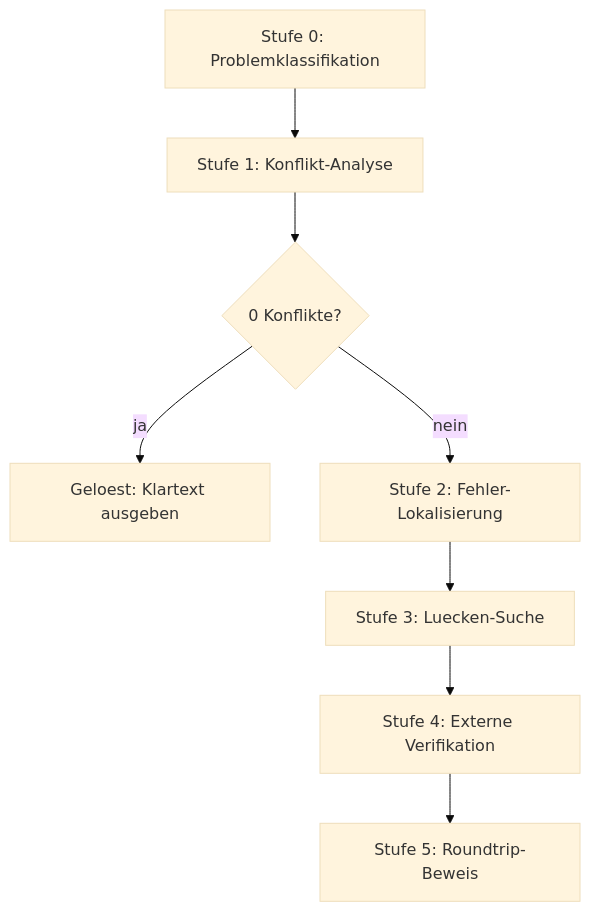
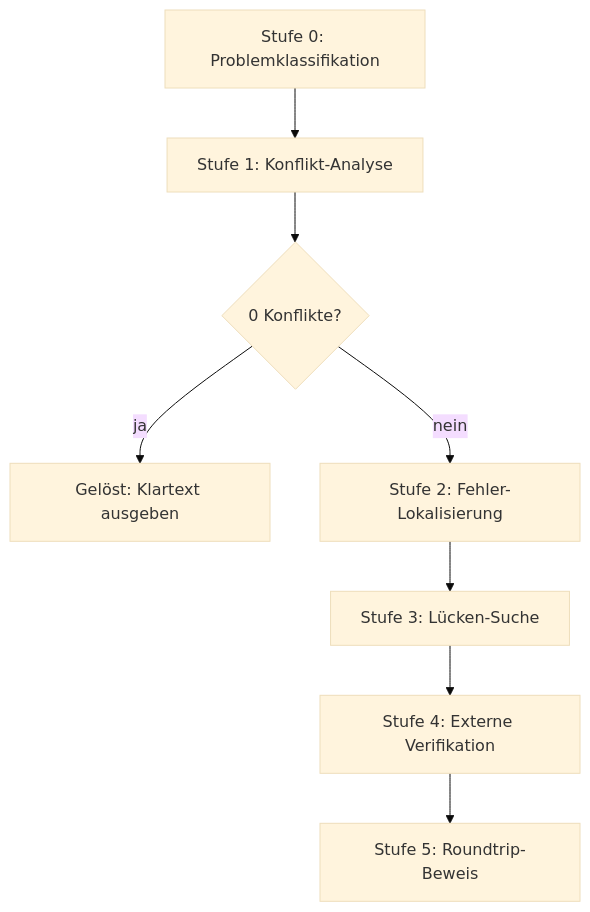
Before and after one commit to kajoty/adfgvx-reconstruction: the diagram in README.md, drawn with Mermaid (base theme). The commit also changed other lines of this file, not shown here.

````diff
--- a/README.md
+++ b/README.md
@@ -447,10 +502,10 @@
 ```mermaid
 flowchart TD
     A[Stufe 0: Problemklassifikation] --> B[Stufe 1: Konflikt-Analyse]
     B --> C{0 Konflikte?}
-    C -->|ja| D[Geloest: Klartext ausgeben]
+    C -->|ja| D[Gelöst: Klartext ausgeben]
     C -->|nein| E[Stufe 2: Fehler-Lokalisierung]
-    E --> F[Stufe 3: Luecken-Suche]
+    E --> F[Stufe 3: Lücken-Suche]
     F --> G[Stufe 4: Externe Verifikation]
     G --> H[Stufe 5: Roundtrip-Beweis]
 ```
````
